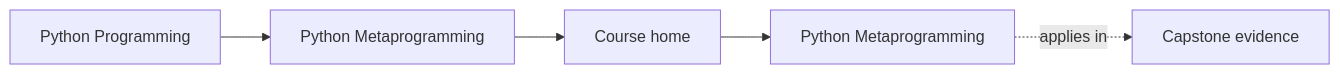
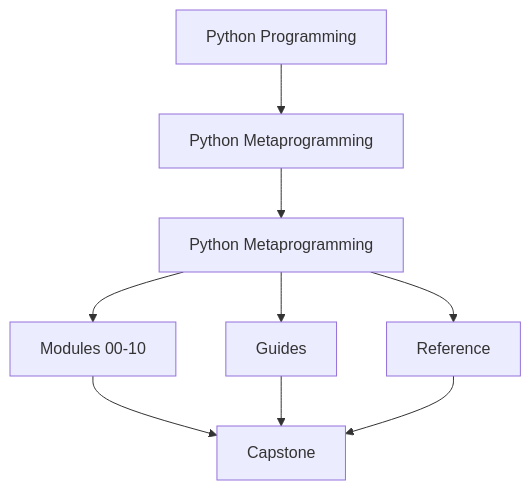
One commit to bijux/bijux-masterclass changed the first of 2 diagrams in programs/python-programming/python-meta-programming/course-book/index.md. Above: the diagram before and after it, drawn with Mermaid. The commit also changed other lines of this file and 3 other files, not shown here.

Commit message:
docs(python-meta-programming): reframe course-book entry diagrams

````diff
--- a/programs/python-programming/python-meta-programming/course-book/index.md
+++ b/programs/python-programming/python-meta-programming/course-book/index.md
@@ -7,11 +7,11 @@
 ```mermaid
-graph LR
-  family["Python Programming"]
-  program["Python Metaprogramming"]
-  section["Course home"]
-  page["Python Metaprogramming"]
-  capstone["Capstone evidence"]
-
-  family --> program --> section --> page
-  page -.applies in.-> capstone
+flowchart TD
+  family["Python Programming"] --> program["Python Metaprogramming"]
+  program --> home["Python Metaprogramming"]
+  home --> modules["Modules 00-10"]
+  home --> guides["Guides"]
+  home --> reference["Reference"]
+  modules --> capstone["Capstone"]
+  guides --> capstone
+  reference --> capstone
 ```
````
